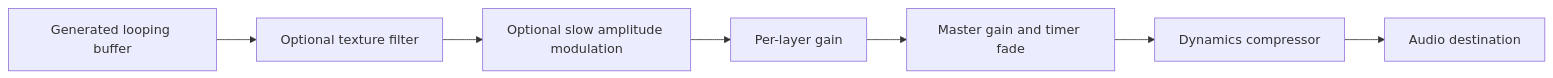
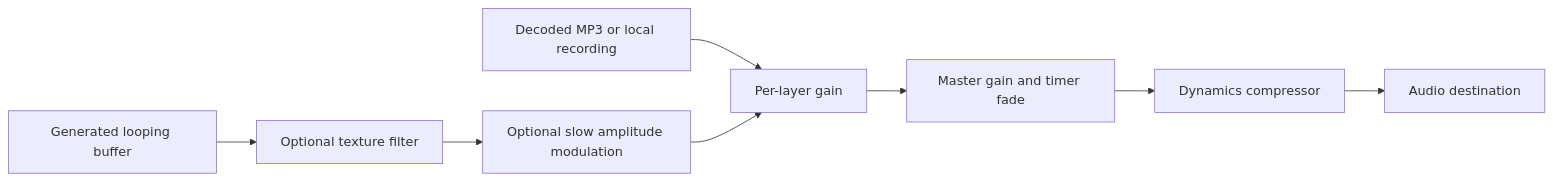
One commit to Vibeshibe/openambience changed the diagram in docs/architecture.md. Above: the diagram before and after it, drawn with Mermaid. The commit also changed other lines of this file and 29 other files, not shown here.

````diff
--- a/docs/architecture.md
+++ b/docs/architecture.md
@@ -11,9 +11,10 @@
 ```mermaid
 flowchart LR
+  Recording[Decoded MP3 or local recording] --> Layer
   Noise[Generated looping buffer] --> Filter[Optional texture filter]
   Filter --> Swell[Optional slow amplitude modulation]
   Swell --> Layer[Per-layer gain]
   Layer --> Master[Master gain and timer fade]
   Master --> Compressor[Dynamics compressor]
   Compressor --> Speakers[Audio destination]
 ```
````
